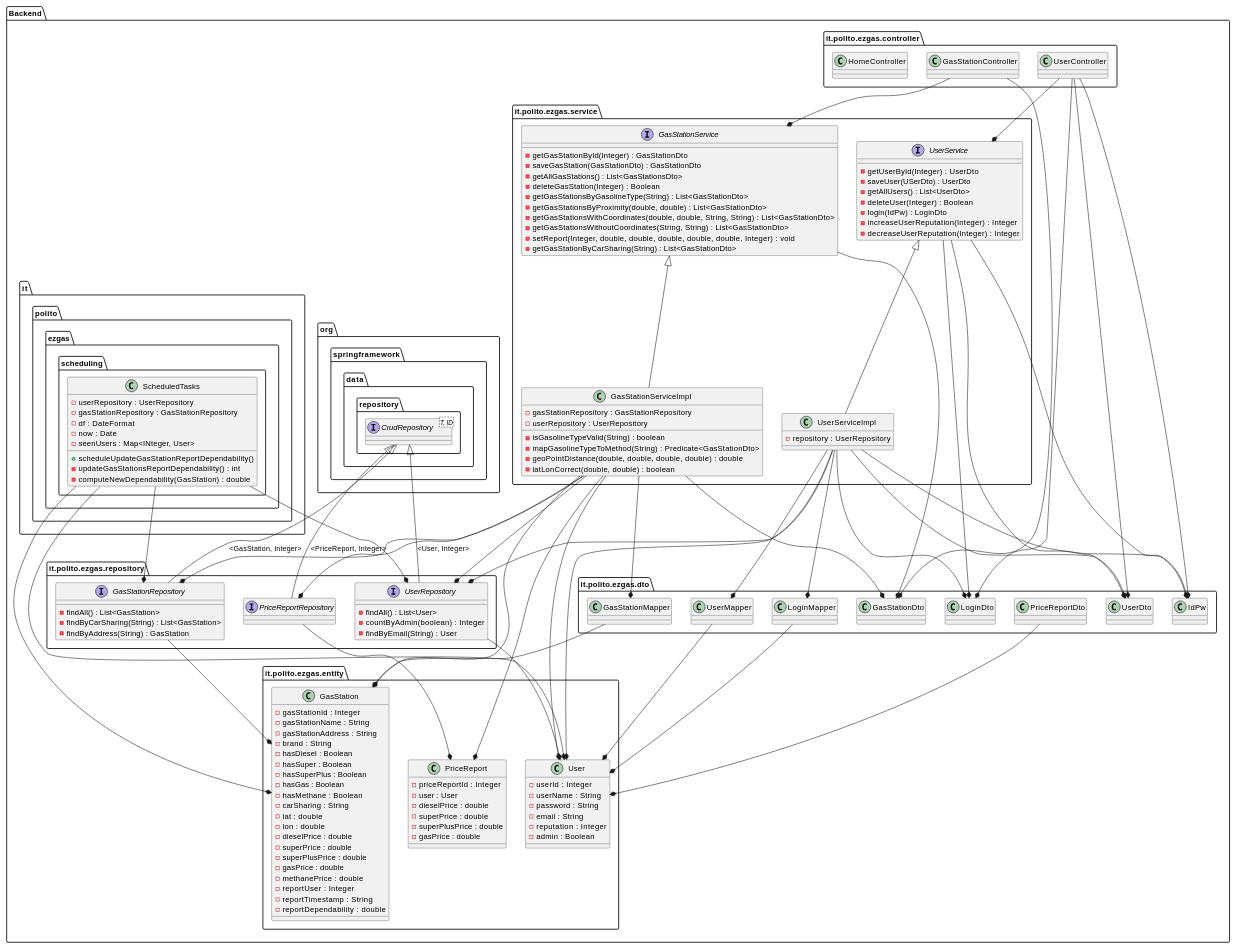
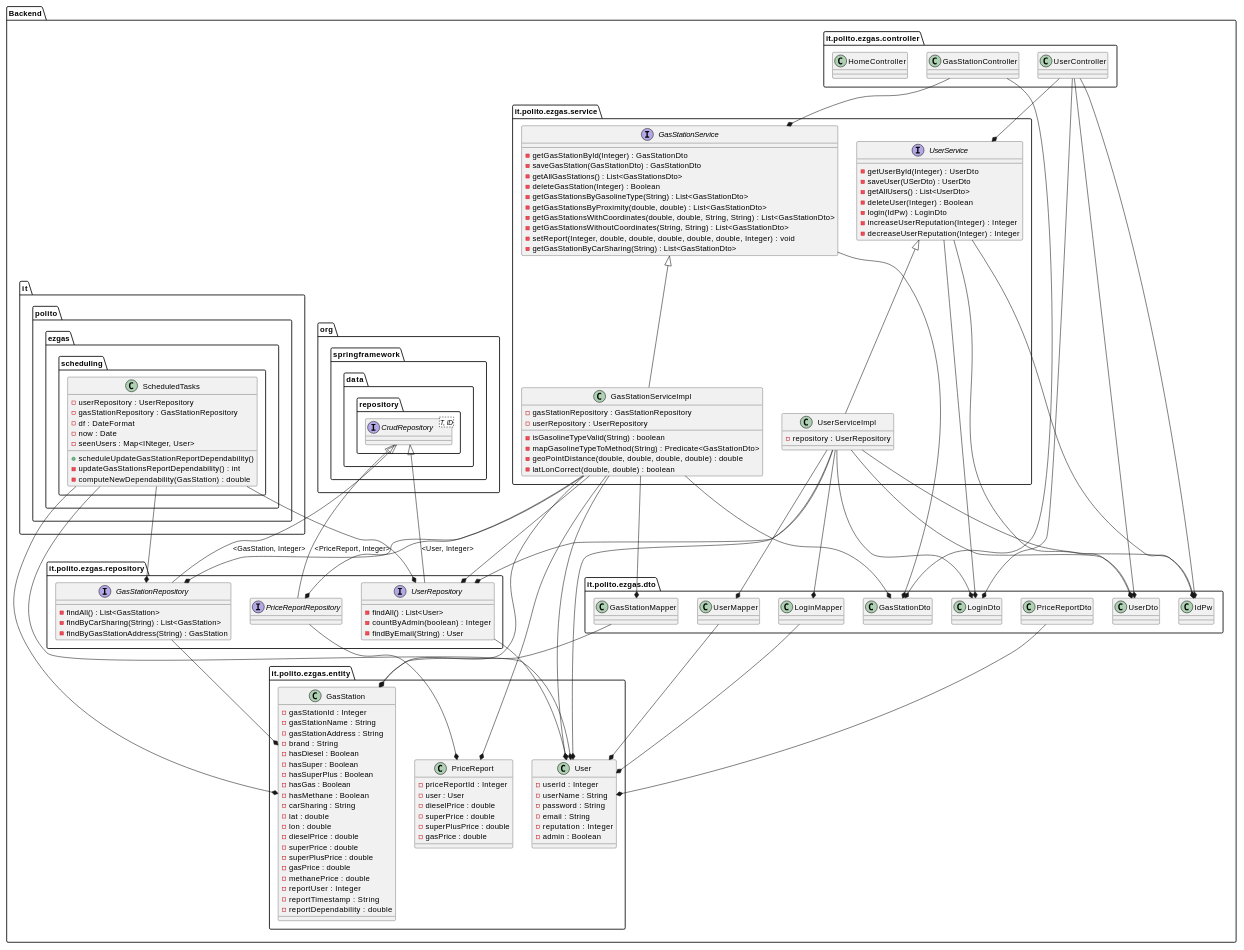
Before and after one commit to polito-se2-2020-team6/ezgas: the fourth of 15 diagrams in docs/DesignDocument.md, drawn with PlantUML. The commit also changed 1 other file, not shown here.

Commit message:
docs(test): update docs after code changes

```diff
--- a/docs/DesignDocument.md
+++ b/docs/DesignDocument.md
@@ -314,7 +314,7 @@
 	interface "GasStationRepository" as gsrep{
         - findAll() : List<GasStation>
         - findByCarSharing(String) : List<GasStation>
-        - findByAddress(String) : GasStation
+        - findByGasStationAddress(String) : GasStation
 	}
 
 }
```
